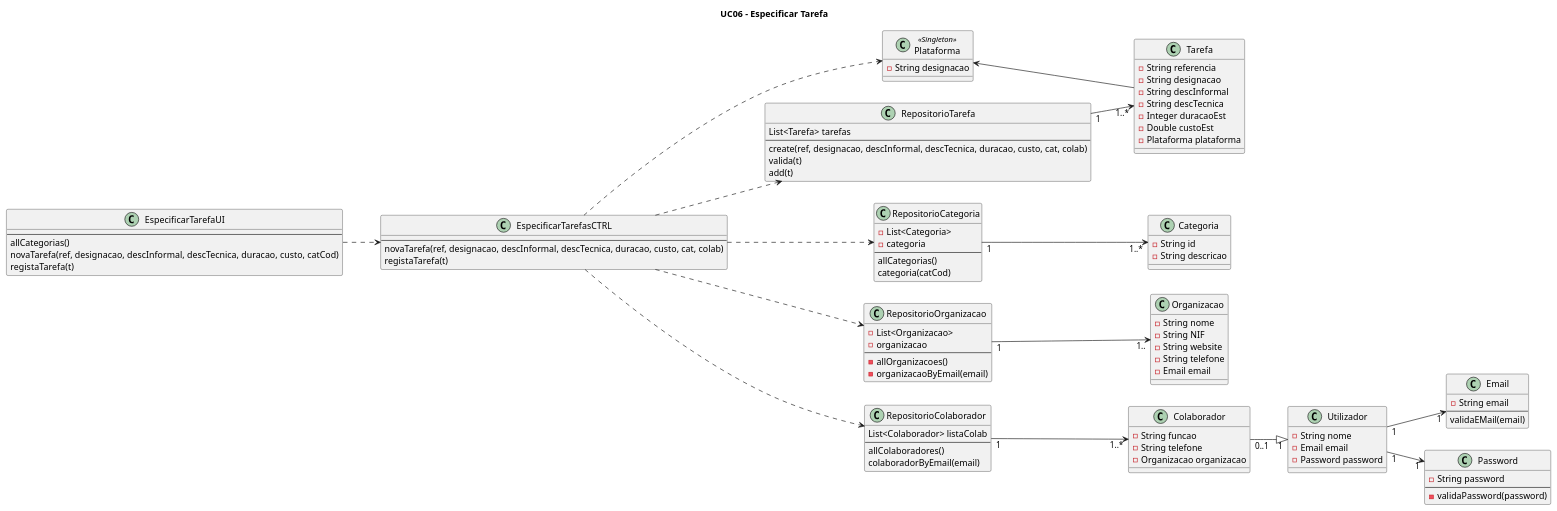
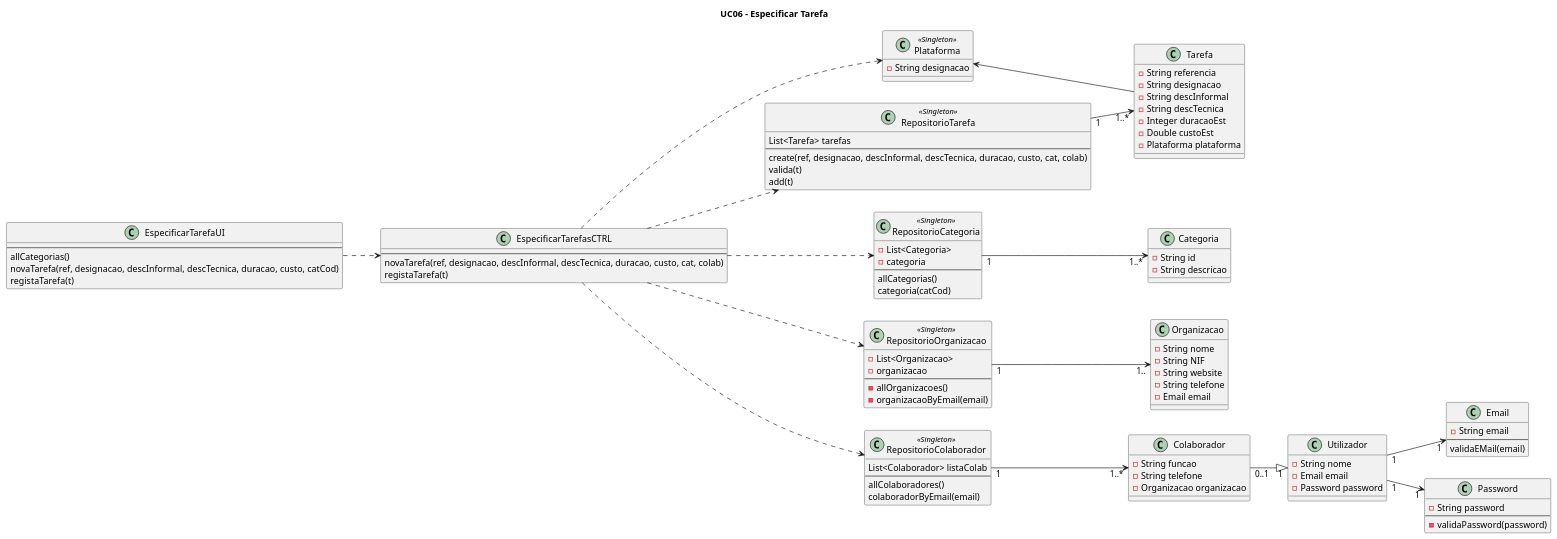
Before and after one commit to blestonbandeiraUPSKILL/upskill_java1_labprg_grupo2: the diagram in Sprint 2/UC06_Especificar_Tarefa/UC06_Especificar_Tarefa_Diagrama_Classes.puml, drawn with PlantUML. The commit also changed 11 other files, not shown here.

```diff
--- a/Sprint 2/UC06_Especificar_Tarefa/UC06_Especificar_Tarefa_Diagrama_Classes.puml
+++ b/Sprint 2/UC06_Especificar_Tarefa/UC06_Especificar_Tarefa_Diagrama_Classes.puml
@@ -1,116 +1,116 @@
 @startuml
 
 title UC06 - Especificar Tarefa
 left to right direction
 
 class Plataforma <<Singleton>> {
     -String designacao
 }
 
 class EspecificarTarefaUI {
     --
     allCategorias()
     novaTarefa(ref, designacao, descInformal, descTecnica, duracao, custo, catCod)
     registaTarefa(t)
 }
 
 class EspecificarTarefasCTRL {
     --
     novaTarefa(ref, designacao, descInformal, descTecnica, duracao, custo, cat, colab)
     registaTarefa(t)
 }
 
-class RepositorioTarefa {
+class RepositorioTarefa <<Singleton>> {
     List<Tarefa> tarefas
     --
     create(ref, designacao, descInformal, descTecnica, duracao, custo, cat, colab)
     valida(t)
     add(t)
 }
 
-class RepositorioCategoria {
+class RepositorioCategoria <<Singleton>>{
     -List<Categoria>
     -categoria
     --
     allCategorias()
     categoria(catCod)
 }
 
-class RepositorioOrganizacao {
+class RepositorioOrganizacao <<Singleton>> {
     -List<Organizacao>
     -organizacao
     --
     -allOrganizacoes()
     -organizacaoByEmail(email)
 }
 
-class RepositorioColaborador {
+class RepositorioColaborador <<Singleton>> {
     List<Colaborador> listaColab
     --
     allColaboradores()
     colaboradorByEmail(email)
 }
 
 class Organizacao {
     -String nome
     -String NIF
     -String website
     -String telefone
     -Email email
 }
 
 class Colaborador {
     -String funcao
     -String telefone
     -Organizacao organizacao
 }
 
 class Tarefa {
     -String referencia
     -String designacao
     -String descInformal
     -String descTecnica
     -Integer duracaoEst
     -Double custoEst
     -Plataforma plataforma
 }
 
 class Utilizador {
     -String nome
     -Email email
     -Password password
 }
 
 class Categoria {
     -String id
     -String descricao
 }
 
 class Email {
     -String email
     --
     validaEMail(email)
 }
 
 class Password {
     -String password
     --
     -validaPassword(password)
 }
 
 Colaborador"0..1" --|> "1"Utilizador
 EspecificarTarefaUI ..> EspecificarTarefasCTRL
 EspecificarTarefasCTRL ..> Plataforma
 EspecificarTarefasCTRL ..> RepositorioCategoria
 EspecificarTarefasCTRL ..> RepositorioTarefa
 EspecificarTarefasCTRL ..> RepositorioOrganizacao
 RepositorioOrganizacao"1" --> "1.."Organizacao
 EspecificarTarefasCTRL ..> RepositorioColaborador
 RepositorioColaborador"1" --> "1..*"Colaborador
 RepositorioTarefa"1" --> "1..*"Tarefa
 RepositorioCategoria"1" --> "1..*"Categoria
 Plataforma <-- Tarefa
 Utilizador"1" --> "1"Email
 Utilizador"1" --> "1"Password
 
 @enduml
```
